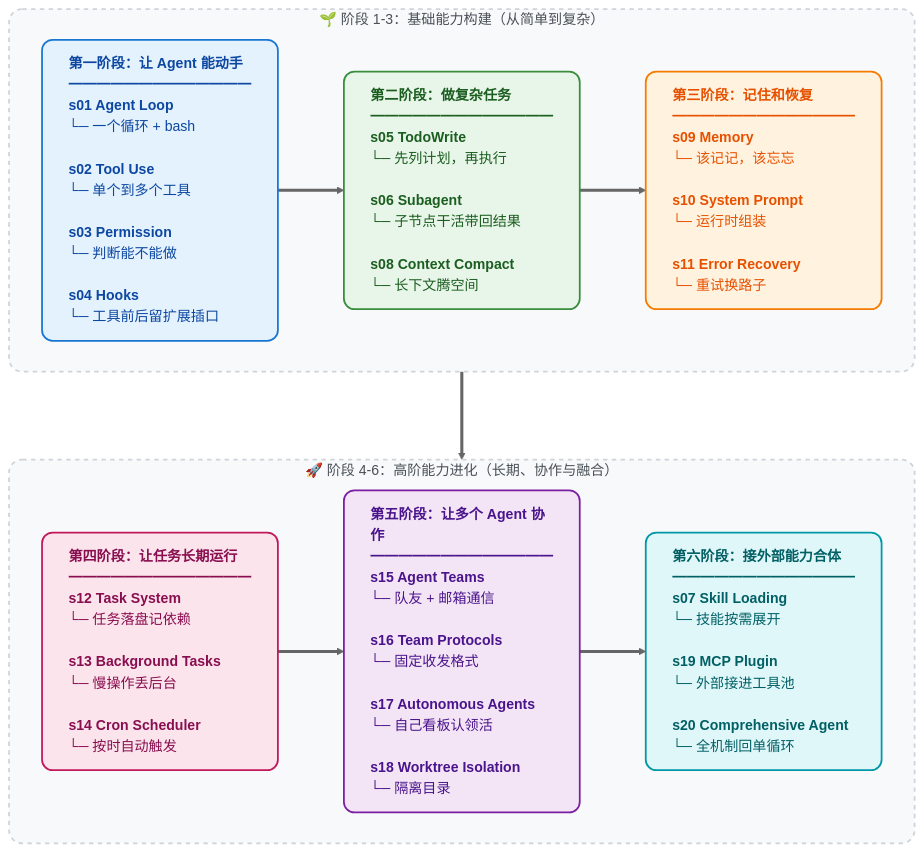
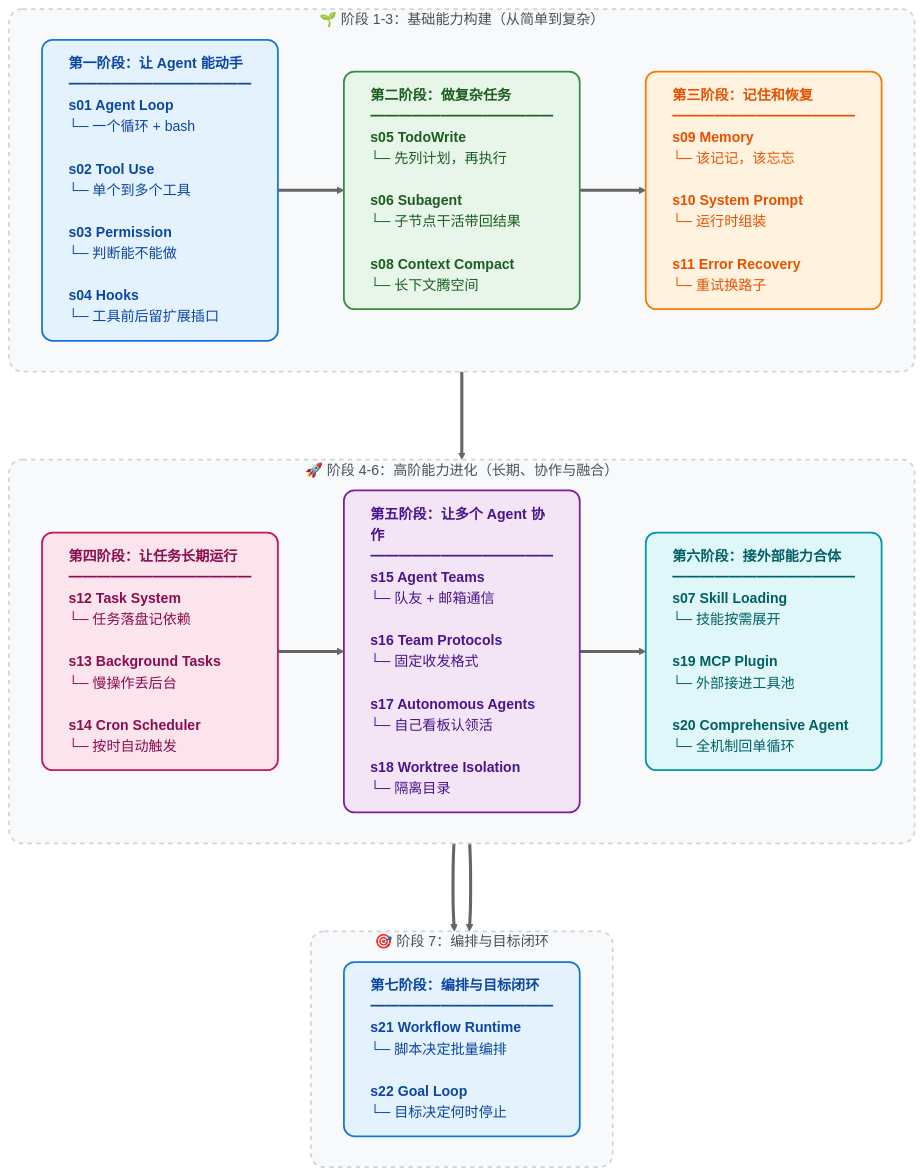
One commit to Bill-Billion/learn-claude-code changed the diagram in README-zh.md. Above: the diagram before and after it, drawn with Mermaid (neutral theme). The commit also changed other lines of this file and 67 other files, not shown here.

````diff
--- a/README-zh.md
+++ b/README-zh.md
@@ -313,43 +317,51 @@
 ```mermaid
 flowchart TD
     %% 统一定义卡片样式：加入 text-align:left 保证列表不会居中乱飘
     classDef stage1 fill:#E3F2FD,stroke:#1976D2,stroke-width:2px,color:#0D47A1,rx:12,ry:12,text-align:left
     classDef stage2 fill:#E8F5E9,stroke:#388E3C,stroke-width:2px,color:#1B5E20,rx:12,ry:12,text-align:left
     classDef stage3 fill:#FFF3E0,stroke:#F57C00,stroke-width:2px,color:#E65100,rx:12,ry:12,text-align:left
     classDef stage4 fill:#FCE4EC,stroke:#C2185b,stroke-width:2px,color:#880E4F,rx:12,ry:12,text-align:left
     classDef stage5 fill:#F3E5F5,stroke:#7B1FA2,stroke-width:2px,color:#4A148C,rx:12,ry:12,text-align:left
     classDef stage6 fill:#E0F7FA,stroke:#0097A7,stroke-width:2px,color:#006064,rx:12,ry:12,text-align:left
     
     %% 背景框样式
     classDef groupBox fill:#F8F9FA,stroke:#CED4DA,stroke-width:2px,stroke-dasharray: 5 5,rx:15,ry:15,color:#495057
     
     %% 第一层：1-3阶段
     subgraph Phase1 ["🌱 阶段 1-3：基础能力构建（从简单到复杂）"]
         direction LR
         S1["<b>第一阶段：让 Agent 能动手</b><br/>━━━━━━━━━━━━━<br/><b>s01 Agent Loop</b><br/>└─ 一个循环 + bash<br/><br/><b>s02 Tool Use</b><br/>└─ 单个到多个工具<br/><br/><b>s03 Permission</b><br/>└─ 判断能不能做<br/><br/><b>s04 Hooks</b><br/>└─ 工具前后留扩展插口"]:::stage1
 
         S2["<b>第二阶段：做复杂任务</b><br/>━━━━━━━━━━━━━<br/><b>s05 TodoWrite</b><br/>└─ 先列计划，再执行<br/><br/><b>s06 Subagent</b><br/>└─ 子节点干活带回结果<br/><br/><b>s08 Context Compact</b><br/>└─ 长下文腾空间"]:::stage2
 
         S3["<b>第三阶段：记住和恢复</b><br/>━━━━━━━━━━━━━<br/><b>s09 Memory</b><br/>└─ 该记记，该忘忘<br/><br/><b>s10 System Prompt</b><br/>└─ 运行时组装<br/><br/><b>s11 Error Recovery</b><br/>└─ 重试换路子"]:::stage3
 
         S1 ==> S2 ==> S3
     end
 
     %% 第二层：4-6阶段
     subgraph Phase2 ["🚀 阶段 4-6：高阶能力进化（长期、协作与融合）"]
         direction LR
         S4["<b>第四阶段：让任务长期运行</b><br/>━━━━━━━━━━━━━<br/><b>s12 Task System</b><br/>└─ 任务落盘记依赖<br/><br/><b>s13 Background Tasks</b><br/>└─ 慢操作丢后台<br/><br/><b>s14 Cron Scheduler</b><br/>└─ 按时自动触发"]:::stage4
 
         S5["<b>第五阶段：让多个 Agent 协作</b><br/>━━━━━━━━━━━━━<br/><b>s15 Agent Teams</b><br/>└─ 队友 + 邮箱通信<br/><br/><b>s16 Team Protocols</b><br/>└─ 固定收发格式<br/><br/><b>s17 Autonomous Agents</b><br/>└─ 自己看板认领活<br/><br/><b>s18 Worktree Isolation</b><br/>└─ 隔离目录"]:::stage5
 
         S6["<b>第六阶段：接外部能力合体</b><br/>━━━━━━━━━━━━━<br/><b>s07 Skill Loading</b><br/>└─ 技能按需展开<br/><br/><b>s19 MCP Plugin</b><br/>└─ 外部接进工具池<br/><br/><b>s20 Comprehensive Agent</b><br/>└─ 全机制回单循环"]:::stage6
 
         S4 ==> S5 ==> S6
     end
 
-    %% 将两个模块连接起来，形成 Z 字形阅读流
-    Phase1 ===> Phase2
+    %% 第三层：7阶段
+    subgraph Phase3 ["🎯 阶段 7：编排与目标闭环"]
+        direction LR
+        S7["<b>第七阶段：编排与目标闭环</b><br/>━━━━━━━━━━━━━<br/><b>s21 Workflow Runtime</b><br/>└─ 脚本决定批量编排<br/><br/><b>s22 Goal Loop</b><br/>└─ 目标决定何时停止"]:::stage1
+
+        S6 ==> S7
+    end
+
+    %% 将模块连接起来，形成 Z 字形阅读流
+    Phase1 ===> Phase2 ===> Phase3
 
     %% 应用背景样式
-    class Phase1,Phase2 groupBox
+    class Phase1,Phase2,Phase3 groupBox
 ```
````
